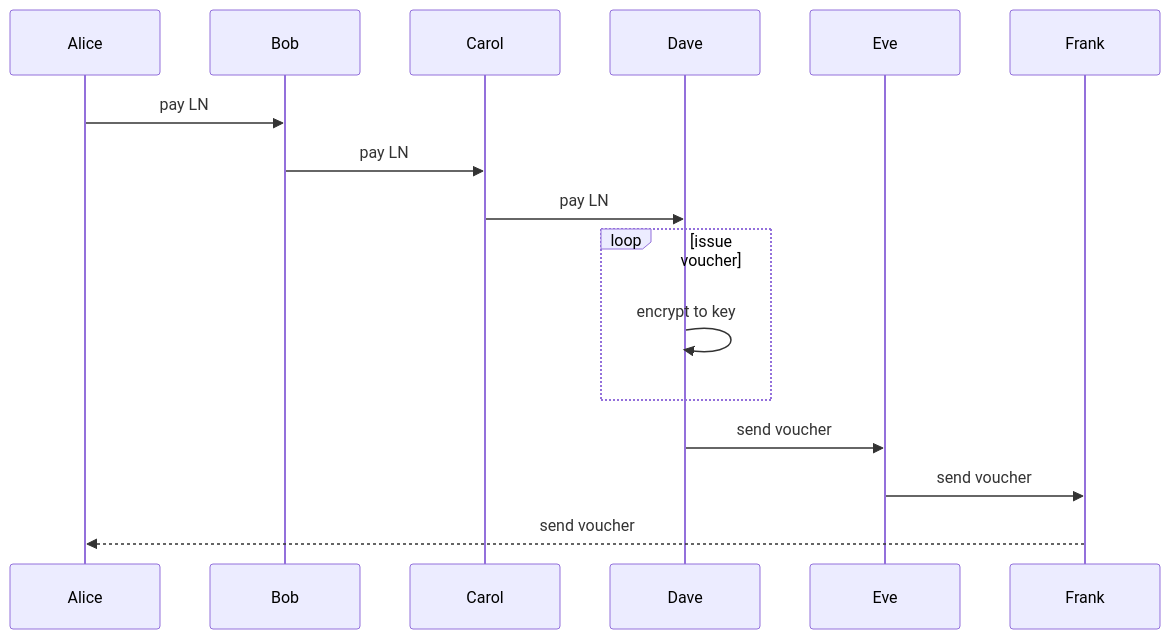
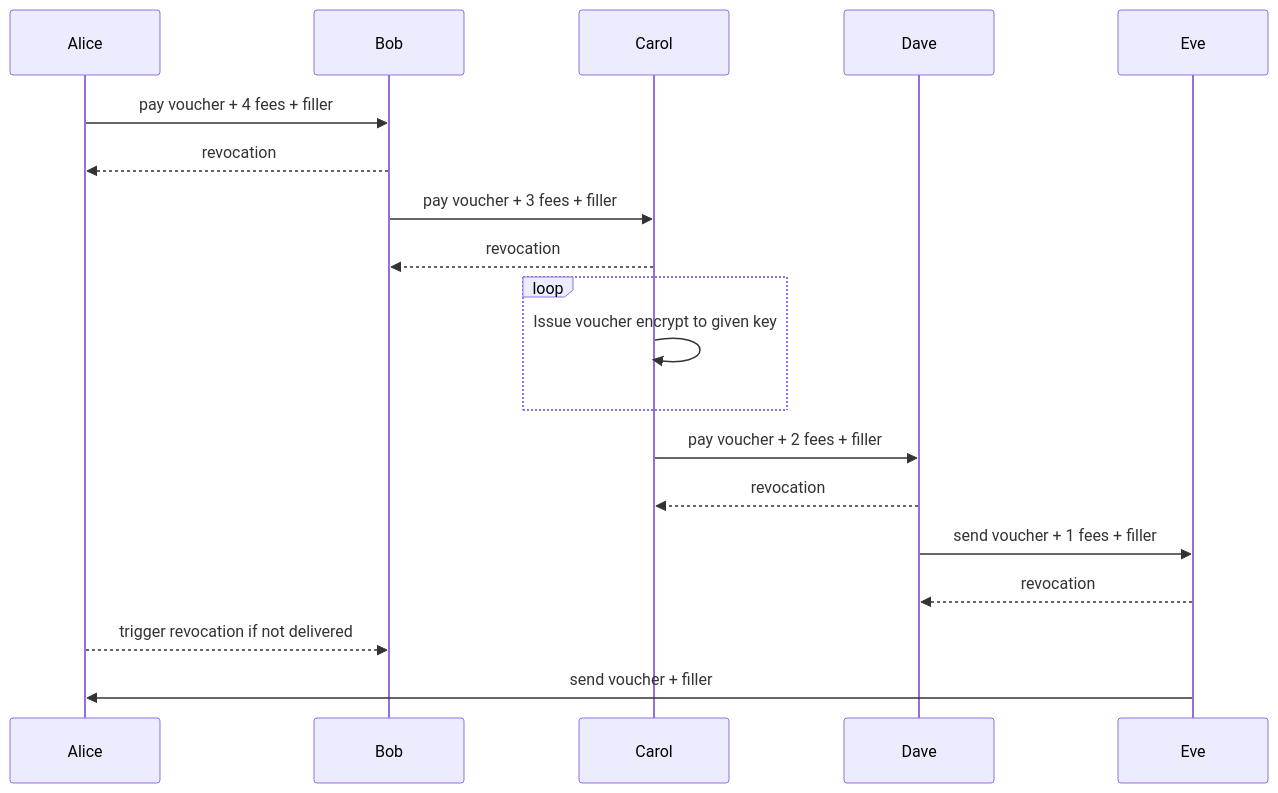
One commit to indra-labs/indra changed the first of 2 diagrams in doc/whitepaper.md. Above: the diagram before and after it, drawn with Mermaid. The commit also changed other lines of this file and 1 other file, not shown here.

````diff
--- a/doc/whitepaper.md
+++ b/doc/whitepaper.md
@@ -25,12 +31,16 @@
 ```mermaid
   sequenceDiagram
-    Alice->>Bob: pay LN
-    Bob->>Carol: pay LN
-    Carol->>Dave: pay LN
-    loop issue voucher
-    	Dave->>Dave: encrypt to key
+    Alice->>Bob: pay voucher + 4 fees + filler
+    Bob-->>Alice: revocation
+    Bob->>Carol: pay voucher + 3 fees + filler
+    Carol-->>Bob: revocation
+    loop
+    	Carol->>Carol: Issue voucher encrypt to given key
     end
-    Dave->>Eve: send voucher
-    Eve->>Frank: send voucher
-    Frank-->>Alice: send voucher
+    Carol->>Dave: pay voucher + 2 fees + filler
+    Dave-->>Carol: revocation
+    Dave->>Eve: send voucher + 1 fees + filler
+    Eve-->>Dave: revocation
+    Alice-->>Bob: trigger revocation if not delivered
+    Eve->>Alice: send voucher + filler
 ```
````
